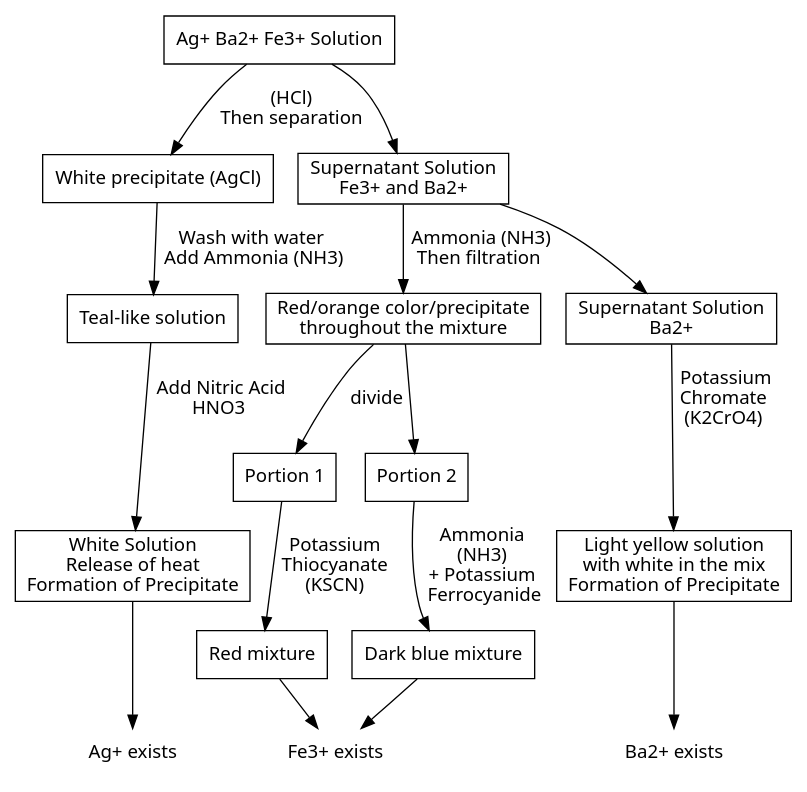
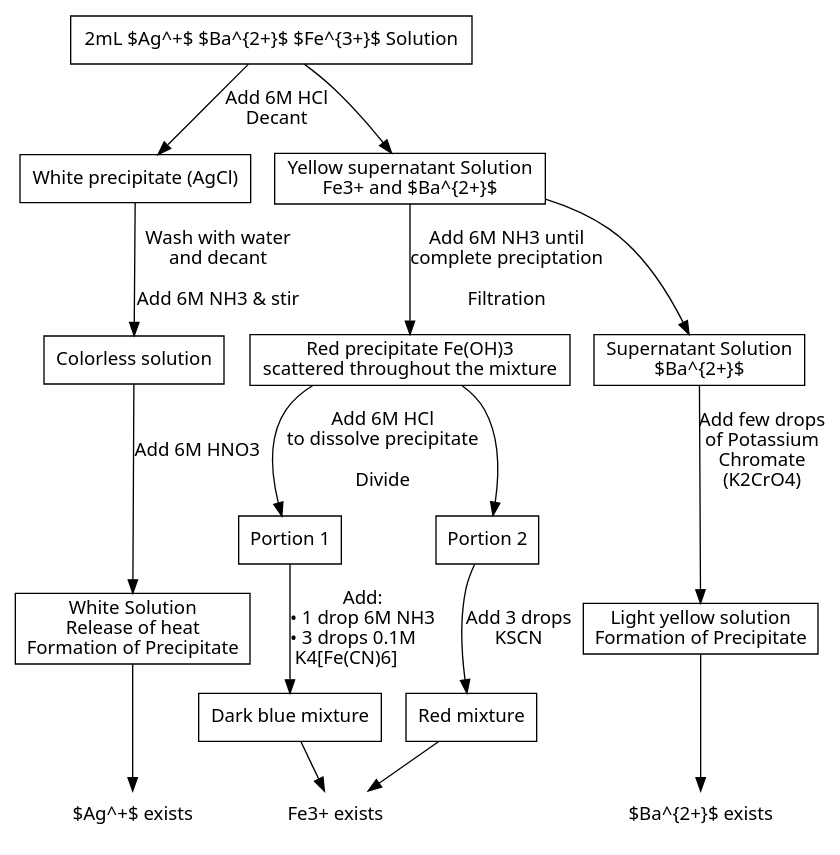
Before and after one commit to AlyamanMas/chem241l-00301s: the diagram in scheme-graph.dot, drawn with Graphviz. The commit also changed 2 other files, not shown here.

```diff
--- a/scheme-graph.dot
+++ b/scheme-graph.dot
@@ -1,53 +1,56 @@
 digraph html {
   node [shape=record fontname="sans"];
   edge [fontname="sans"];
-  og [label="Ag+ Ba2+ Fe3+ Solution"];
+  og [label="2mL $Ag^+$ $Ba^\{2+\}$ $Fe^\{3+\}$ Solution"];
 
 
   ag_p [label="White precipitate (AgCl)\n"];
-  ag_p_amm [label="Teal-like solution"];
+  ag_p_amm [label="Colorless solution"];
   ag_p_amm_nit [label="White Solution\nRelease of heat\nFormation of Precipitate"];
-  ag_x [shape="plaintext" label="Ag+ exists"];
+  ag_x [shape="plaintext" label="$Ag^+$ exists"];
 
-  ag_p         -> ag_p_amm     [label="Wash with water\n  Add Ammonia (NH3)"];
-  ag_p_amm     -> ag_p_amm_nit [label="  Add Nitric Acid\nHNO3"];
+
+  ag_p         -> ag_p_amm     [label="Wash with water\nand decant\n\nAdd 6M NH3 & stir"];
+  ag_p_amm     -> ag_p_amm_nit [label="Add 6M HNO3"];
   ag_p_amm_nit -> ag_x;
 
 
-  sup1 [label="Supernatant Solution\nFe3+ and Ba2+"];
-  fe_p [label="Red/orange color/precipitate\nthroughout the mixture"];
-  sup2 [label="Supernatant Solution\nBa2+"];
+  sup1 [label="Yellow supernatant Solution\nFe3+ and $Ba^\{2+\}$"];
+  fe_p [label="Red precipitate Fe(OH)3\nscattered throughout the mixture"];
+  sup2 [label="Supernatant Solution\n$Ba^\{2+\}$"];
 
-  sup1 -> fe_p [label="  Ammonia (NH3)\nThen filtration"];
+  sup1 -> fe_p [label="Add 6M NH3 until\ncomplete preciptation\n\nFiltration\n"];
   sup1 -> sup2;
 
+  first [label="" shape="plaintext"];
+
+  og -> ag_p [label="Add 6M HCl\nDecant"];
+  og -> sup1;
 
   fe_p_1 [label="Portion 1"];
   fe_p_2 [label="Portion 2"];
-  fe_p -> fe_p_1 [label="divide"];
+  fe_p -> fe_p_1 [label="Add 6M HCl\nto dissolve precipitate\n\nDivide"];
   fe_p -> fe_p_2;
 
   fe_kscn [label="Red mixture"];
   fe_amm_cya [label="Dark blue mixture"];
 
-  fe_p_1 -> fe_kscn    [label="Potassium\n Thiocyanate\n(KSCN)"];
-  fe_p_2 -> fe_amm_cya [label="Ammonia\n(NH3)\n+ Potassium\n  Ferrocyanide"];
+  fe_p_1 -> fe_amm_cya [label="Add:\n• 1 drop 6M NH3\l• 3 drops 0.1M\l  K4[Fe(CN)6]\l"];
+  fe_p_2 -> fe_kscn    [label="Add 3 drops\nKSCN"];
 
   fe_x [shape="plaintext" label="Fe3+ exists"];
 
   {fe_kscn fe_amm_cya} -> fe_x;
 
 
-  ba_sol [label="Light yellow solution\nwith white in the mix\nFormation of Precipitate"];
-  sup2 -> ba_sol [label="  Potassium\n Chromate\n (K2CrO4)"];
-  ba_x [label="Ba2+ exists" shape="plaintext"];
+  ba_sol [label="Light yellow solution\nFormation of Precipitate"];
+  sup2 -> ba_sol [label="Add few drops\nof Potassium\nChromate\n(K2CrO4)"];
+  ba_x [label="$Ba^\{2+\}$ exists" shape="plaintext"];
   ba_sol -> ba_x;
 
   {rank=same ba_x fe_x ag_x}
 
 
-  og -> ag_p [label="(HCl)\nThen separation"];
-  og -> sup1;
 
 
 }
```
